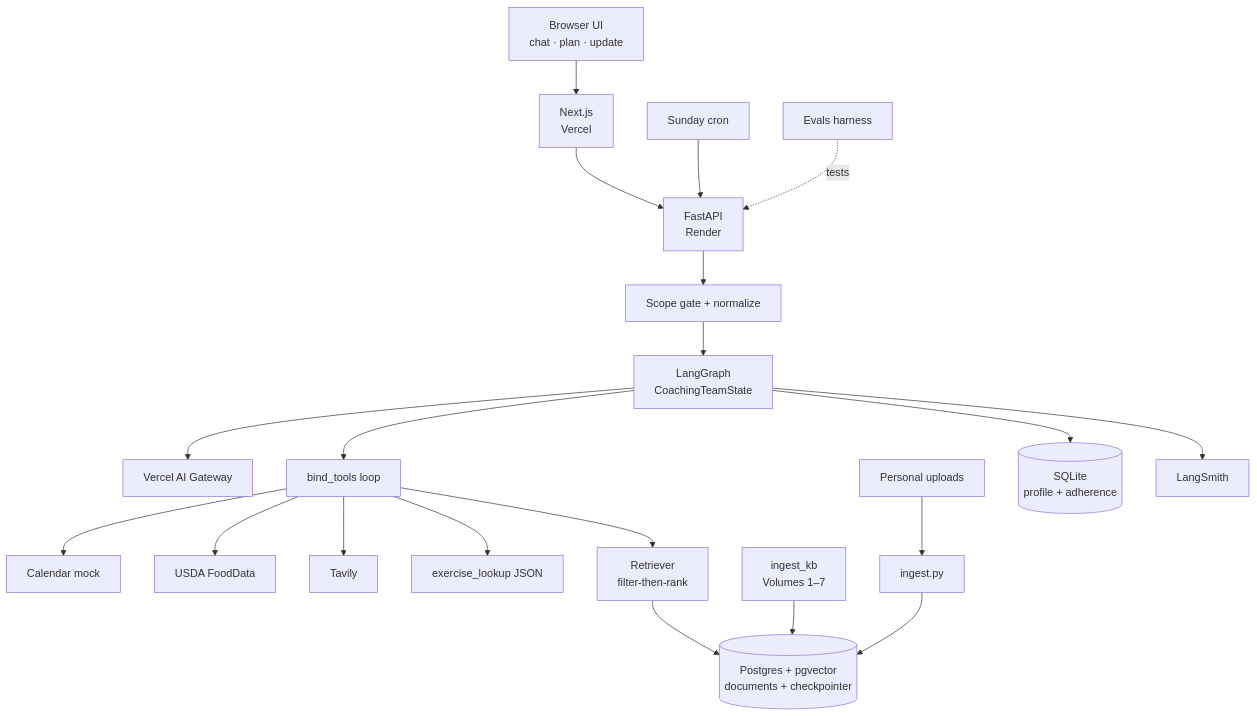
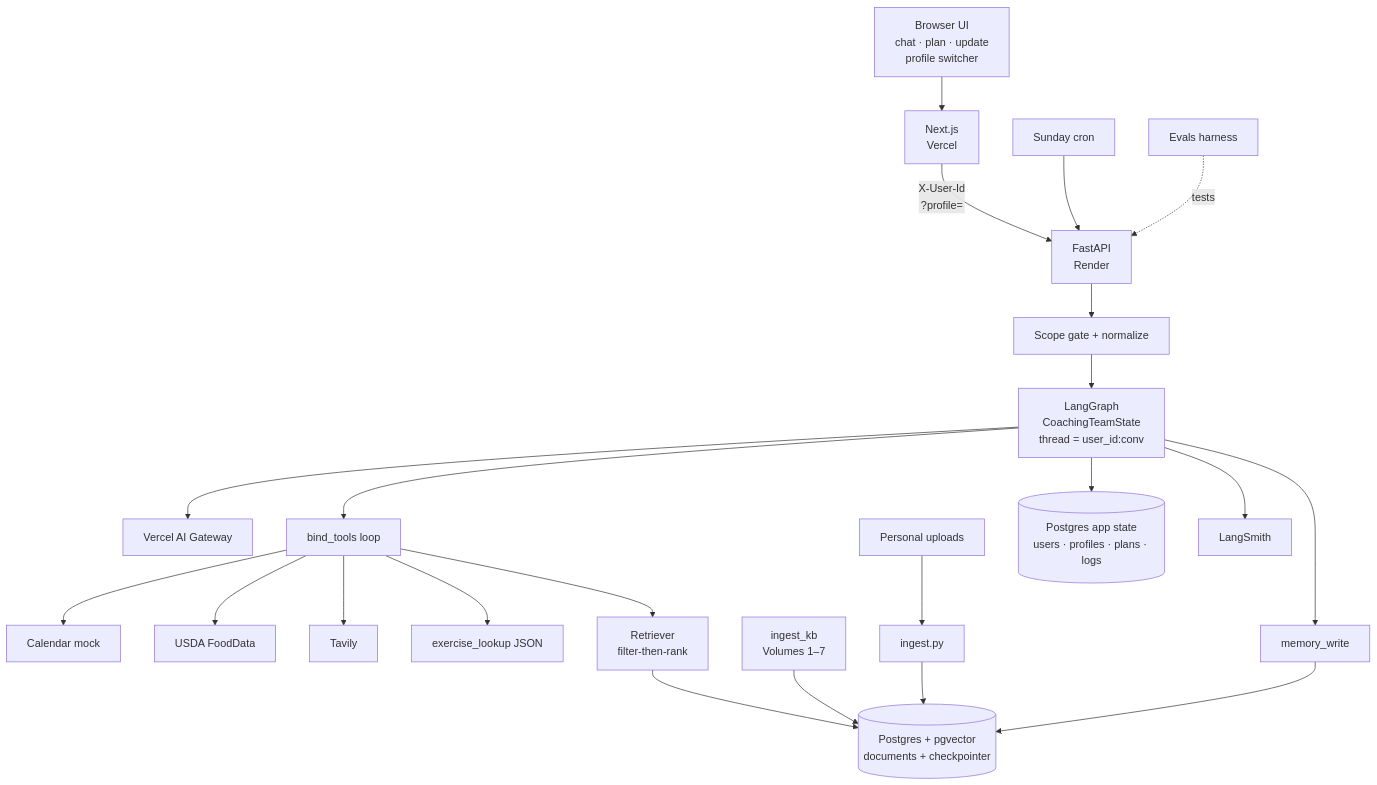
The second of 3 diagrams in PLAN.md (saurabhIU/SteadyFit), drawn with Mermaid before and after one commit. The commit also changed other lines of this file and 1 other file, not shown here.

Commit message:
updted readme and plan

````diff
--- a/PLAN.md
+++ b/PLAN.md
@@ -85,21 +87,22 @@
 ```mermaid
 flowchart TD
-    U[Browser UI\nchat · plan · update] --> FE[Next.js\nVercel]
-    FE --> API[FastAPI\nRender]
+    U[Browser UI\nchat · plan · update\nprofile switcher] --> FE[Next.js\nVercel]
+    FE -->|X-User-Id\n?profile=| API[FastAPI\nRender]
     CRON[Sunday cron] --> API
     API --> GATE[Scope gate + normalize]
-    GATE --> LG[LangGraph\nCoachingTeamState]
+    GATE --> LG[LangGraph\nCoachingTeamState\nthread = user_id:conv]
     LG --> GW[Vercel AI Gateway]
     LG --> TOOLS[bind_tools loop]
     TOOLS --> CAL[Calendar mock]
     TOOLS --> FOOD[USDA FoodData]
     TOOLS --> TAV[Tavily]
     TOOLS --> XL[exercise_lookup JSON]
     TOOLS --> RET[Retriever\nfilter-then-rank]
     RET --> PG[(Postgres + pgvector\ndocuments + checkpointer)]
     KB[ingest_kb\nVolumes 1–7] --> PG
     UP[Personal uploads] --> ING[ingest.py] --> PG
-    LG --> MEM[(SQLite\nprofile + adherence)]
+    LG --> MEMW[memory_write] --> PG
+    LG --> APP[(Postgres app state\nusers · profiles · plans · logs)]
     LG --> LS[LangSmith]
     EV[Evals harness] -.tests.-> API
 ```
````
